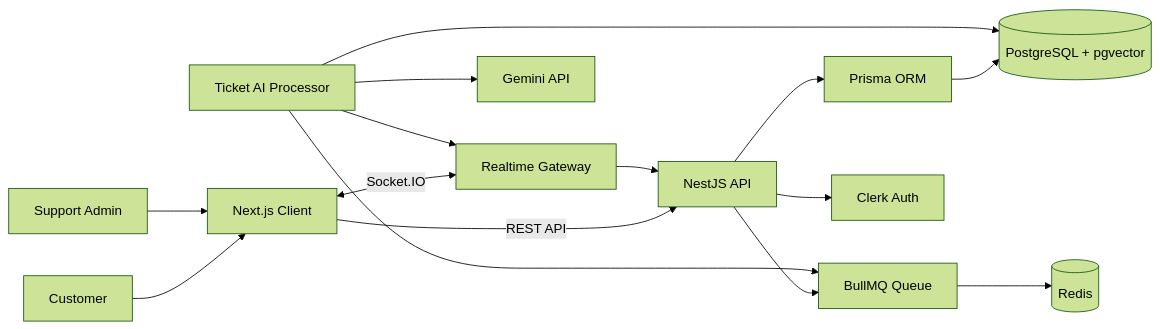
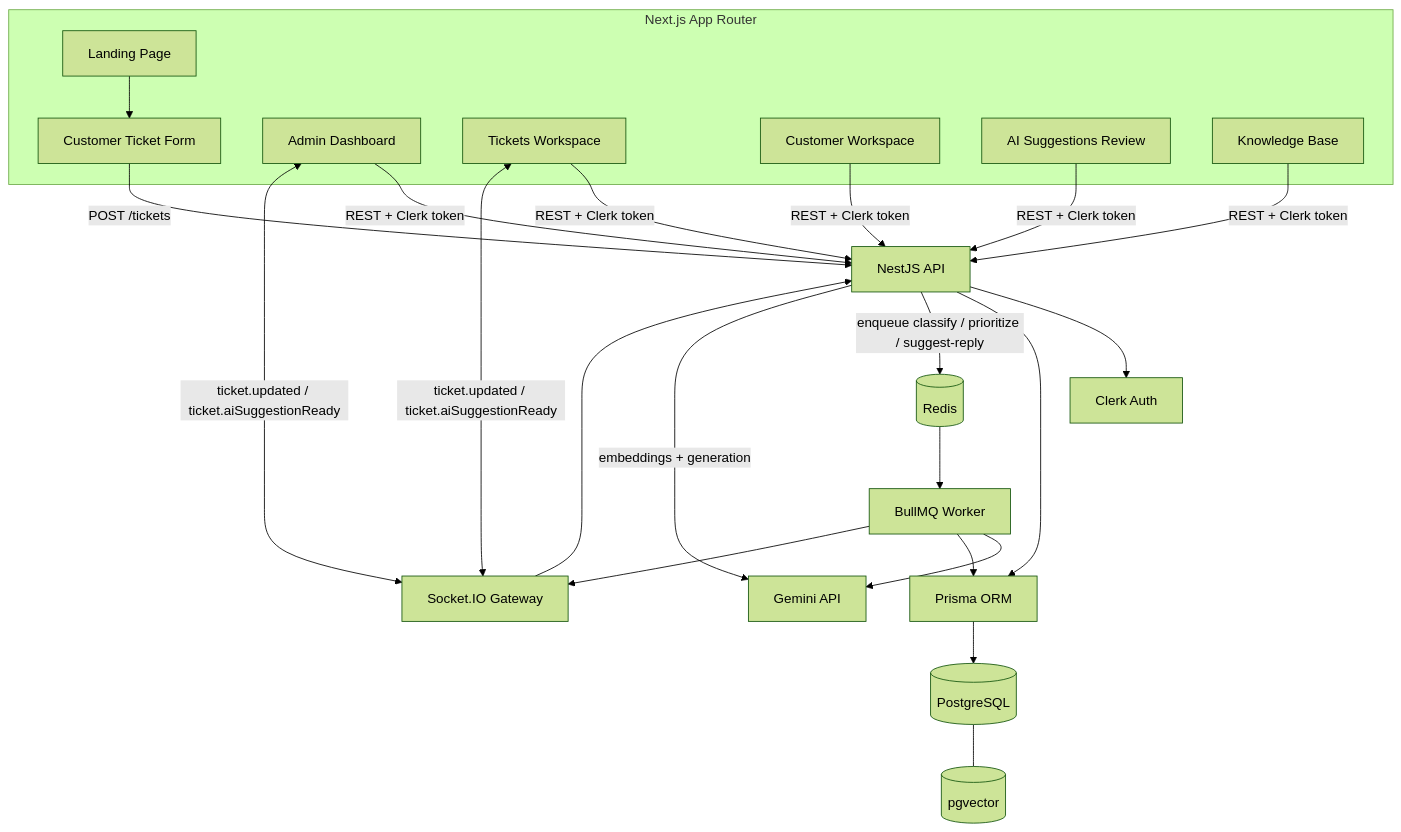
Before and after one commit to yann1294/pulse-Deck: the diagram in README.md, drawn with Mermaid (forest theme). The commit also changed other lines of this file, not shown here.

````diff
--- a/README.md
+++ b/README.md
@@ -71,17 +52,46 @@
 ```mermaid
-flowchart LR
-  Customer[Customer] --> Client[Next.js Client]
-  Admin[Support Admin] --> Client
-  Client -->|REST API| API[NestJS API]
-  Client <-->|Socket.IO| Realtime[Realtime Gateway]
-  Realtime --> API
-  API --> Prisma[Prisma ORM]
-  Prisma --> Postgres[(PostgreSQL + pgvector)]
-  API --> Queue[BullMQ Queue]
-  Queue --> Redis[(Redis)]
-  Worker[Ticket AI Processor] --> Queue
-  Worker --> Gemini[Gemini API]
-  Worker --> Postgres
-  Worker --> Realtime
-  API --> Clerk[Clerk Auth]
+flowchart TB
+  subgraph Frontend["Next.js App Router"]
+    Landing["Landing Page"]
+    SubmitTicket["Customer Ticket Form"]
+    Dashboard["Admin Dashboard"]
+    Tickets["Tickets Workspace"]
+    Customers["Customer Workspace"]
+    AiReview["AI Suggestions Review"]
+    KnowledgeBase["Knowledge Base"]
+  end
+
+  Clerk["Clerk Auth"]
+  Api["NestJS API"]
+  Realtime["Socket.IO Gateway"]
+  Prisma["Prisma ORM"]
+  Postgres[("PostgreSQL")]
+  Pgvector[("pgvector")]
+  Redis[("Redis")]
+  BullMQ["BullMQ Worker"]
+  Gemini["Gemini API"]
+
+  Landing --> SubmitTicket
+  SubmitTicket -->|POST /tickets| Api
+  Dashboard -->|REST + Clerk token| Api
+  Tickets -->|REST + Clerk token| Api
+  Customers -->|REST + Clerk token| Api
+  AiReview -->|REST + Clerk token| Api
+  KnowledgeBase -->|REST + Clerk token| Api
+
+  Dashboard <-->|ticket.updated / ticket.aiSuggestionReady| Realtime
+  Tickets <-->|ticket.updated / ticket.aiSuggestionReady| Realtime
+  Realtime --> Api
+
+  Api --> Clerk
+  Api --> Prisma
+  Prisma --> Postgres
+  Postgres --- Pgvector
+
+  Api -->|enqueue classify / prioritize / suggest-reply| Redis
+  Redis --> BullMQ
+  BullMQ --> Gemini
+  BullMQ --> Prisma
+  BullMQ --> Realtime
+  Api -->|embeddings + generation| Gemini
 ```
````
